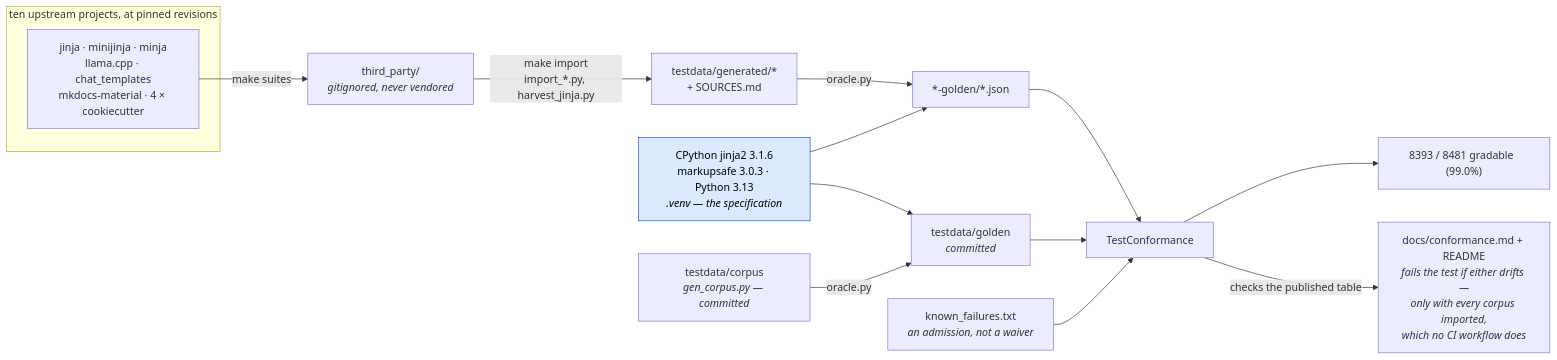
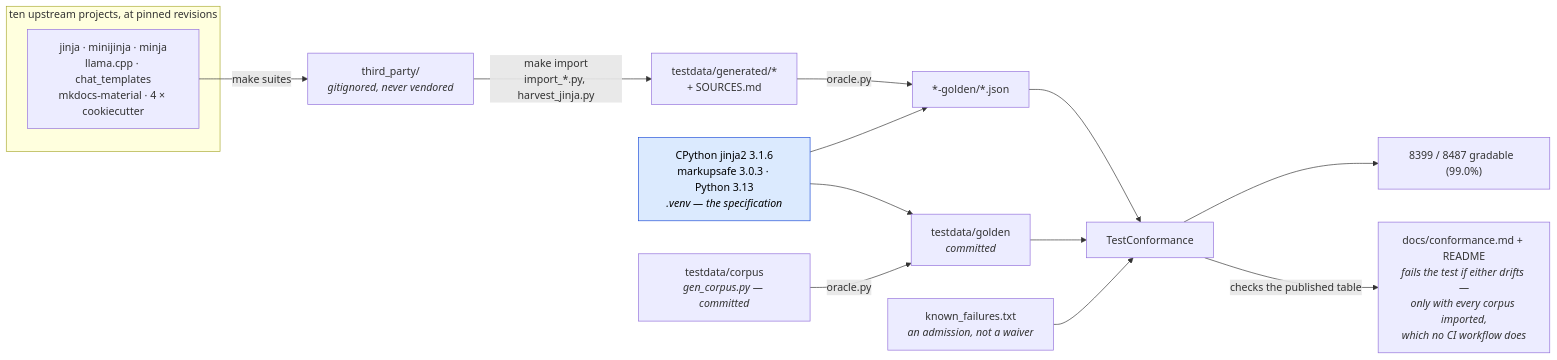
Before and after one commit to mgilbir/gojja2: the first of 2 diagrams in docs/conformance.md, drawn with Mermaid. The commit also changed other lines of this file and 22 other files, not shown here.

````diff
--- a/docs/conformance.md
+++ b/docs/conformance.md
@@ -17,24 +17,24 @@
 ```mermaid
 flowchart LR
     subgraph up["ten upstream projects, at pinned revisions"]
         U1["jinja · minijinja · minja<br/>llama.cpp · chat_templates<br/>mkdocs-material · 4 × cookiecutter"]
     end
     U1 -->|"make suites"| TP["third_party/<br/><i>gitignored, never vendored</i>"]
     TP -->|"make import<br/>import_*.py, harvest_jinja.py"| GEN["testdata/generated/*<br/>+ SOURCES.md"]
 
     ORA["CPython jinja2 3.1.6<br/>markupsafe 3.0.3 · Python 3.13<br/><i>.venv — the specification</i>"]
     GEN -->|"oracle.py"| G2["*-golden/*.json"]
     ORA --> G2
 
     OWN["testdata/corpus<br/><i>gen_corpus.py — committed</i>"] -->|"oracle.py"| G1["testdata/golden<br/><i>committed</i>"]
     ORA --> G1
 
     G1 --> TC["TestConformance"]
     G2 --> TC
     KF["known_failures.txt<br/><i>an admission, not a waiver</i>"] --> TC
-    TC --> RATE["8393 / 8481 gradable  (99.0%)"]
+    TC --> RATE["8399 / 8487 gradable  (99.0%)"]
     TC -->|"checks the published table"| RM["docs/conformance.md + README<br/><i>fails the test if either drifts —<br/>only with every corpus imported,<br/>which no CI workflow does</i>"]
 
     classDef spec fill:#dbeafe,stroke:#1d4ed8,color:#000
     class ORA spec
 ```
````
